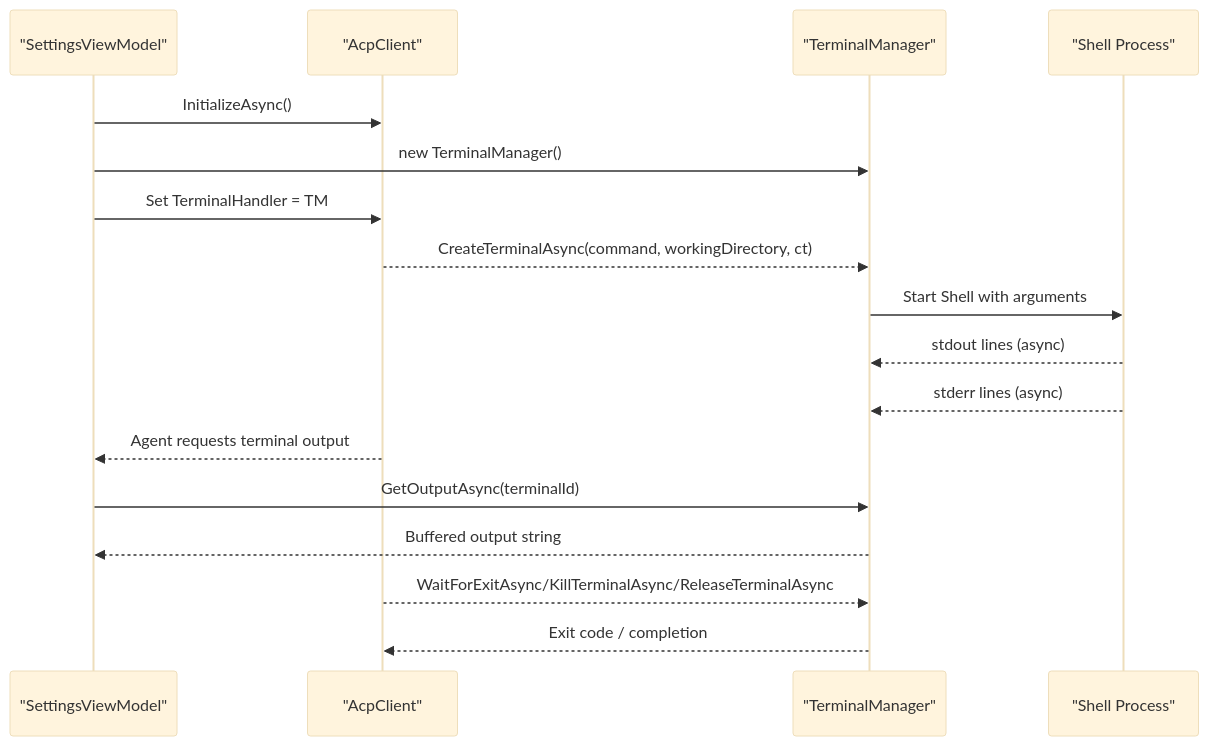
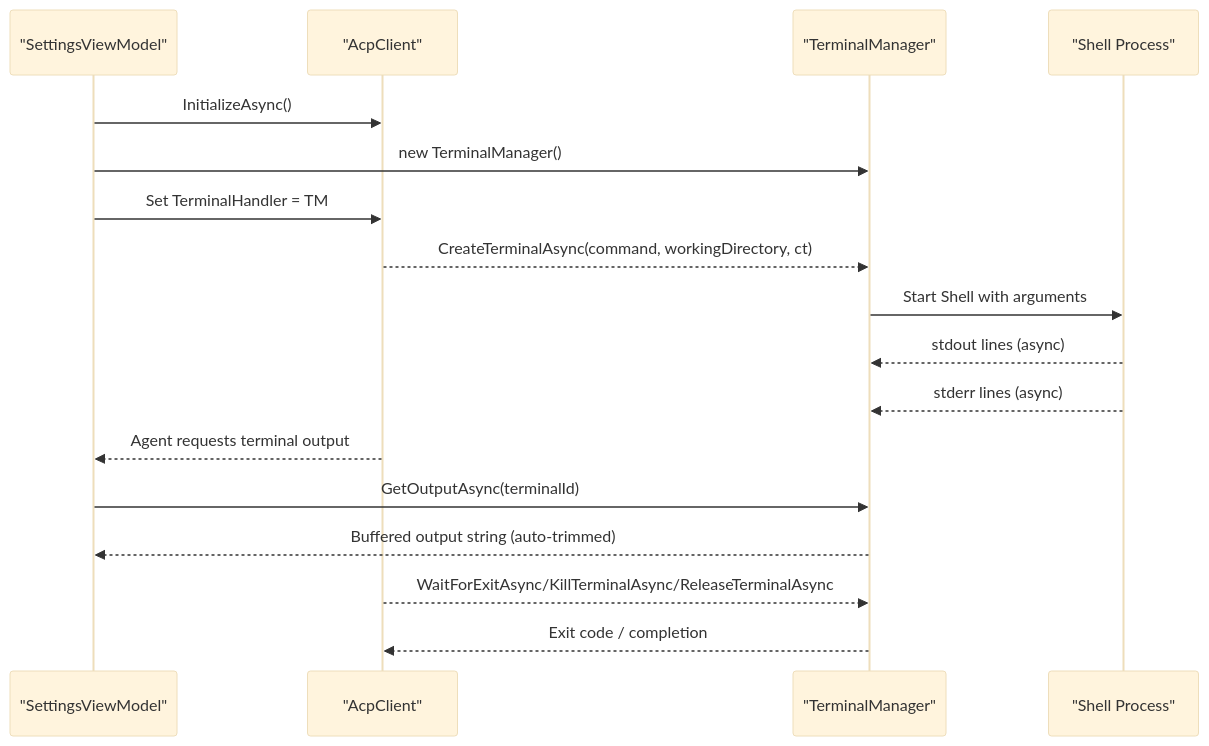
Before and after one commit to AgenticDesktop/App: the second of 6 diagrams in .qoder/repowiki/en/content/API Reference/Services API/Terminal Manager API.md, drawn with Mermaid (base theme). The commit also changed other lines of this file and 108 other files, not shown here.

````diff
--- a/.qoder/repowiki/en/content/API Reference/Services API/Terminal Manager API.md
+++ b/.qoder/repowiki/en/content/API Reference/Services API/Terminal Manager API.md
@@ -73,19 +82,19 @@
 ```mermaid
 sequenceDiagram
 participant VM as "SettingsViewModel"
 participant ACP as "AcpClient"
 participant TM as "TerminalManager"
 participant PROC as "Shell Process"
 VM->>ACP : InitializeAsync()
 VM->>TM : new TerminalManager()
 VM->>ACP : Set TerminalHandler = TM
 ACP-->>TM : CreateTerminalAsync(command, workingDirectory, ct)
 TM->>PROC : Start Shell with arguments
 PROC-->>TM : stdout lines (async)
 PROC-->>TM : stderr lines (async)
 ACP-->>VM : Agent requests terminal output
 VM->>TM : GetOutputAsync(terminalId)
-TM-->>VM : Buffered output string
+TM-->>VM : Buffered output string (auto-trimmed)
 ACP-->>TM : WaitForExitAsync/KillTerminalAsync/ReleaseTerminalAsync
 TM-->>ACP : Exit code / completion
 ```
````
